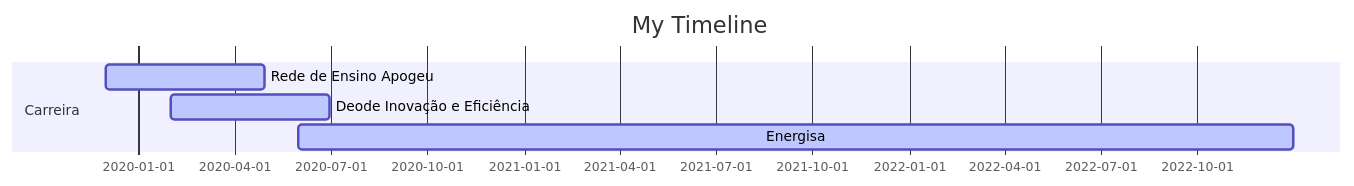
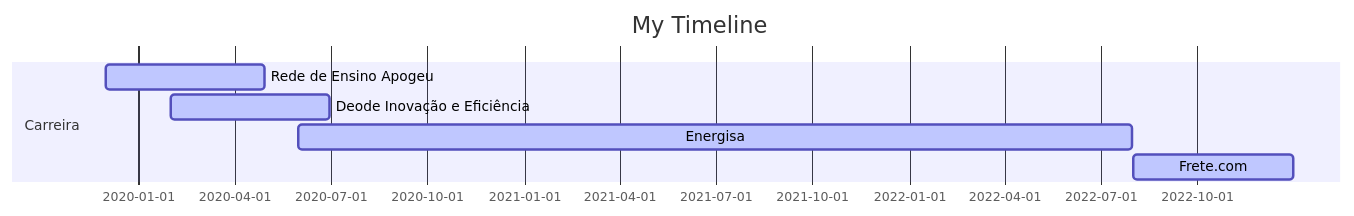
The diagram in README.md (leticiagcsilva/leticiagcsilva), drawn with Mermaid before and after one commit. The commit also changed other lines of this file, not shown here.

````diff
--- a/README.md
+++ b/README.md
@@ -5,12 +5,13 @@
 ```mermaid
 
 gantt
 dateFormat  YYYY-MM-DD
 title My Timeline
 
 section Carreira
 Rede de Ensino Apogeu           :active,, 2019-12-01,2020-04-30
 Deode Inovação e Eficiência         :active,, 2020-02-01,2020-06-30
-Energisa       :active,, 2020-06-01,2022-12-31
+Energisa       :active,, 2020-06-01,2022-07-31
+Frete.com         :active,, 2022-08-01,2022-12-31
 
 ```
````
